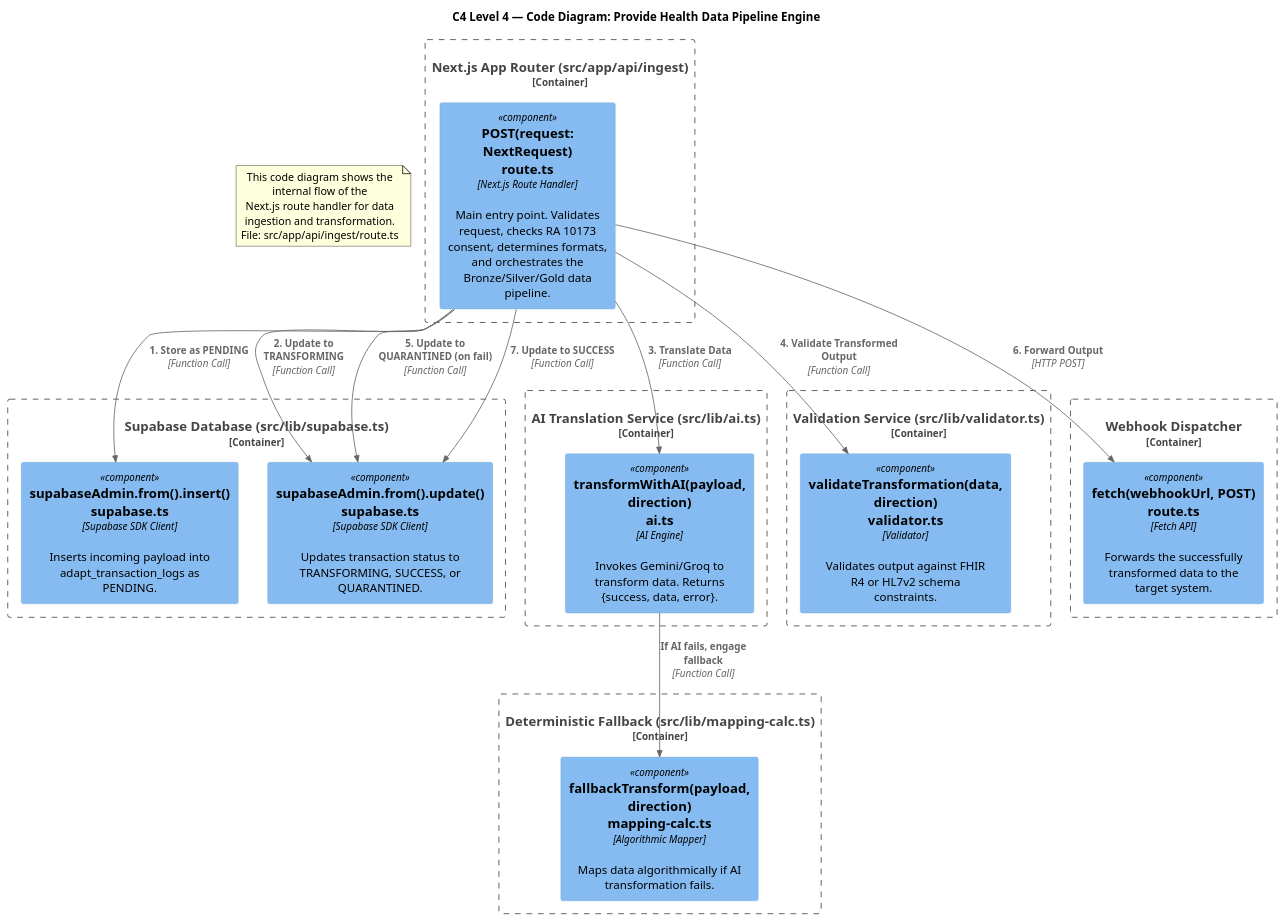
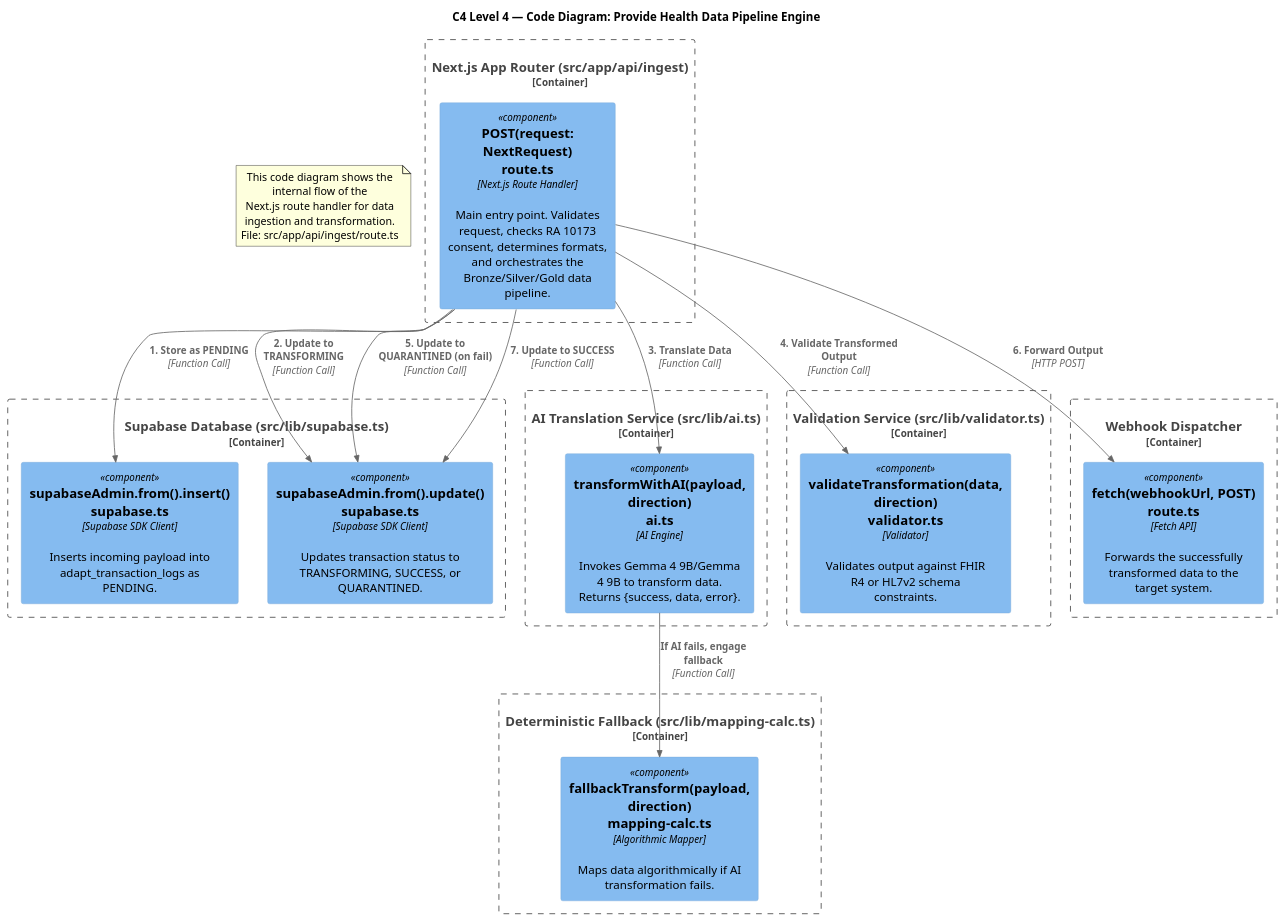
One commit to Vince0028/WAH4PCE-MERGE-CONFLICT changed the diagram in apps/adapt-ipaas/code_diagrams/System_Container_Diagram_Low_Level/Provide_Health_Data_Pipeline_Engine.puml. Above: the diagram before and after it, drawn with PlantUML. The commit also changed 23 other files, not shown here.

Commit message:
feat: add C4 architecture diagrams and PlantUML models for ADAPT iPaaS middleware and services

```diff
--- a/apps/adapt-ipaas/code_diagrams/System_Container_Diagram_Low_Level/Provide_Health_Data_Pipeline_Engine.puml
+++ b/apps/adapt-ipaas/code_diagrams/System_Container_Diagram_Low_Level/Provide_Health_Data_Pipeline_Engine.puml
@@ -1,46 +1,46 @@
 @startuml Provide_Health_Data_Pipeline_Engine
 !include https://raw.githubusercontent.com/plantuml-stdlib/C4-PlantUML/master/C4_Component.puml
 
 title C4 Level 4 — Code Diagram: Provide Health Data Pipeline Engine
 
 note as N1
   This code diagram shows the internal flow of the 
   Next.js route handler for data ingestion and transformation.
   File: src/app/api/ingest/route.ts
 end note
 
 Container_Boundary(nextjs_api, "Next.js App Router (src/app/api/ingest)") {
     Component(route_post, "POST(request: NextRequest)\nroute.ts", "Next.js Route Handler", "Main entry point. Validates request, checks RA 10173 consent, determines formats, and orchestrates the Bronze/Silver/Gold data pipeline.")
 }
 
 Container_Boundary(supabase_db, "Supabase Database (src/lib/supabase.ts)") {
     Component(supabase_insert, "supabaseAdmin.from().insert()\nsupabase.ts", "Supabase SDK Client", "Inserts incoming payload into adapt_transaction_logs as PENDING.")
     Component(supabase_update, "supabaseAdmin.from().update()\nsupabase.ts", "Supabase SDK Client", "Updates transaction status to TRANSFORMING, SUCCESS, or QUARANTINED.")
 }
 
 Container_Boundary(ai_service, "AI Translation Service (src/lib/ai.ts)") {
-    Component(ai_transform, "transformWithAI(payload, direction)\nai.ts", "AI Engine", "Invokes Gemini/Groq to transform data. Returns {success, data, error}.")
+    Component(ai_transform, "transformWithAI(payload, direction)\nai.ts", "AI Engine", "Invokes Gemma 4 9B/Gemma 4 9B to transform data. Returns {success, data, error}.")
 }
 
 Container_Boundary(fallback_service, "Deterministic Fallback (src/lib/mapping-calc.ts)") {
     Component(fallback_transform, "fallbackTransform(payload, direction)\nmapping-calc.ts", "Algorithmic Mapper", "Maps data algorithmically if AI transformation fails.")
 }
 
 Container_Boundary(validator_service, "Validation Service (src/lib/validator.ts)") {
     Component(validate_transform, "validateTransformation(data, direction)\nvalidator.ts", "Validator", "Validates output against FHIR R4 or HL7v2 schema constraints.")
 }
 
 Container_Boundary(webhook_dispatcher, "Webhook Dispatcher") {
     Component(fetch_webhook, "fetch(webhookUrl, POST)\nroute.ts", "Fetch API", "Forwards the successfully transformed data to the target system.")
 }
 
 Rel(route_post, supabase_insert, "1. Store as PENDING", "Function Call")
 Rel(route_post, supabase_update, "2. Update to TRANSFORMING", "Function Call")
 Rel(route_post, ai_transform, "3. Translate Data", "Function Call")
 Rel(ai_transform, fallback_transform, "If AI fails, engage fallback", "Function Call")
 Rel(route_post, validate_transform, "4. Validate Transformed Output", "Function Call")
 Rel(route_post, supabase_update, "5. Update to QUARANTINED (on fail)", "Function Call")
 Rel(route_post, fetch_webhook, "6. Forward Output", "HTTP POST")
 Rel(route_post, supabase_update, "7. Update to SUCCESS", "Function Call")
 
 @enduml
```
